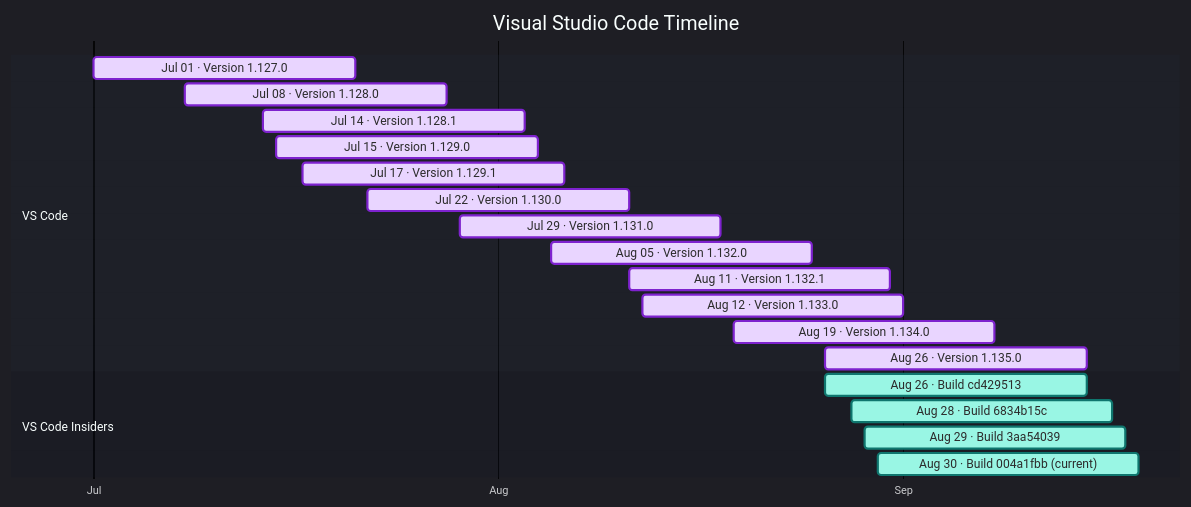
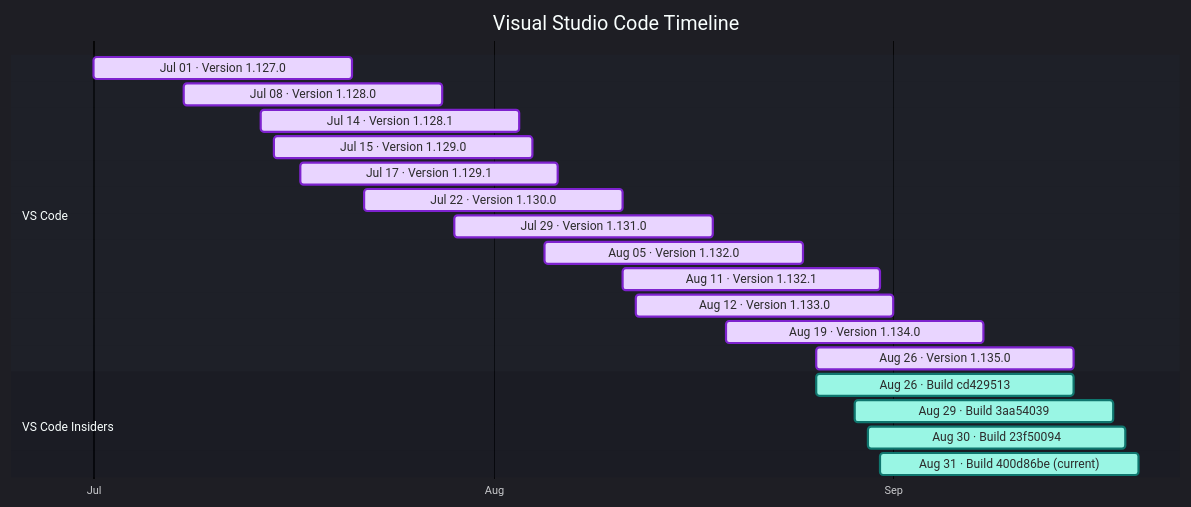
One commit to Oxelya-DevTools/VisualStudioUpdate changed the diagram in docs/vscode.md. Above: the diagram before and after it, drawn with Mermaid. The commit also changed other lines of this file and 1 other file, not shown here.

Commit message:
Update generated release feeds

````diff
--- a/docs/vscode.md
+++ b/docs/vscode.md
@@ -9,26 +9,26 @@
 ```mermaid
 %%{init: {'theme':'dark','themeVariables': { 'fontFamily': 'Segoe UI', 'fontSize': '24px', 'textColor': '#F3F4F6', 'titleTextColor': '#FFFFFF', 'taskTextColor': '#111827', 'taskTextLightColor': '#111827', 'taskTextOutsideColor': '#F3F4F6', 'taskBkgColor': '#BAE6FD', 'taskBorderColor': '#0369A1', 'doneTaskBkgColor': '#E9D5FF', 'doneTaskBorderColor': '#7E22CE', 'activeTaskBkgColor': '#99F6E4', 'activeTaskBorderColor': '#0F766E', 'critTaskBkgColor': '#FED7AA', 'critTaskBorderColor': '#C2410C', 'sectionBkgColor': '#1F2937', 'altSectionBkgColor': '#111827', 'gridColor': '#4B5563', 'todayLineColor': '#F87171' }}}%%
 gantt
     title Visual Studio Code Timeline
     dateFormat  YYYY-MM-DD
     axisFormat  %b
     tickInterval 1month
     section VS Code
     Jul 01 · Version 1.127.0 : done, vscode202607010, 2026-07-01, 20d
     Jul 08 · Version 1.128.0 : done, vscode202607081, 2026-07-08, 20d
     Jul 14 · Version 1.128.1 : done, vscode202607142, 2026-07-14, 20d
     Jul 15 · Version 1.129.0 : done, vscode202607153, 2026-07-15, 20d
     Jul 17 · Version 1.129.1 : done, vscode202607174, 2026-07-17, 20d
     Jul 22 · Version 1.130.0 : done, vscode202607225, 2026-07-22, 20d
     Jul 29 · Version 1.131.0 : done, vscode202607296, 2026-07-29, 20d
     Aug 05 · Version 1.132.0 : done, vscode202608057, 2026-08-05, 20d
     Aug 11 · Version 1.132.1 : done, vscode202608118, 2026-08-11, 20d
     Aug 12 · Version 1.133.0 : done, vscode202608129, 2026-08-12, 20d
     Aug 19 · Version 1.134.0 : done, vscode2026081910, 2026-08-19, 20d
     Aug 26 · Version 1.135.0 : done, vscode2026082611, 2026-08-26, 20d
     section VS Code Insiders
     Aug 26 · Build cd429513 : active, vscodeinsiders202608260, 2026-08-26, 20d
-    Aug 28 · Build 6834b15c : active, vscodeinsiders202608281, 2026-08-28, 20d
-    Aug 29 · Build 3aa54039 : active, vscodeinsiders202608292, 2026-08-29, 20d
-    Aug 30 · Build 004a1fbb (current) : active, vscodeinsiders202608303, 2026-08-30, 20d
+    Aug 29 · Build 3aa54039 : active, vscodeinsiders202608291, 2026-08-29, 20d
+    Aug 30 · Build 23f50094 : active, vscodeinsiders202608302, 2026-08-30, 20d
+    Aug 31 · Build 400d86be (current) : active, vscodeinsiders202608313, 2026-08-31, 20d
 ```
````
